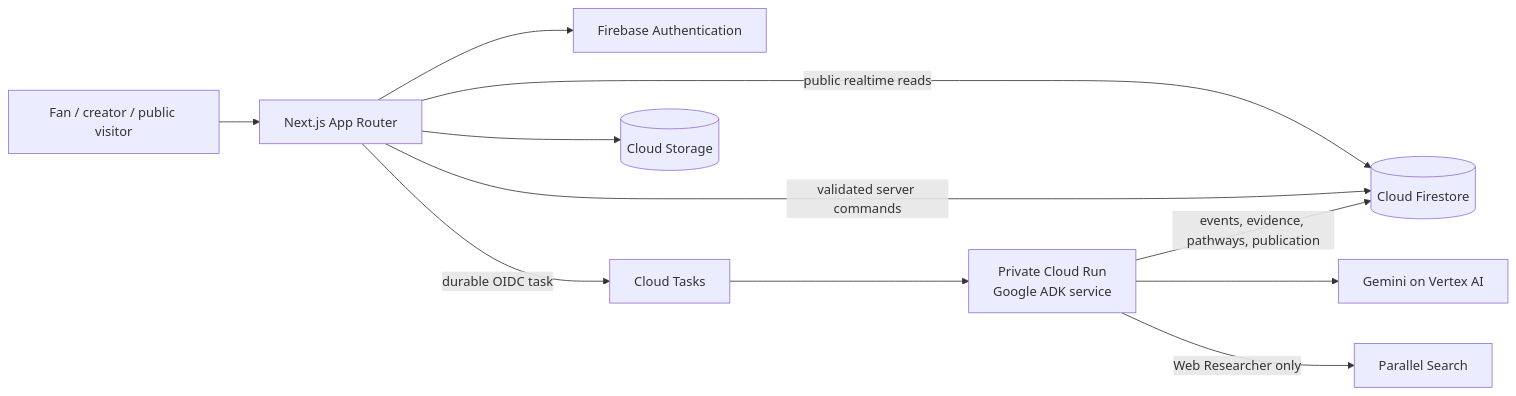
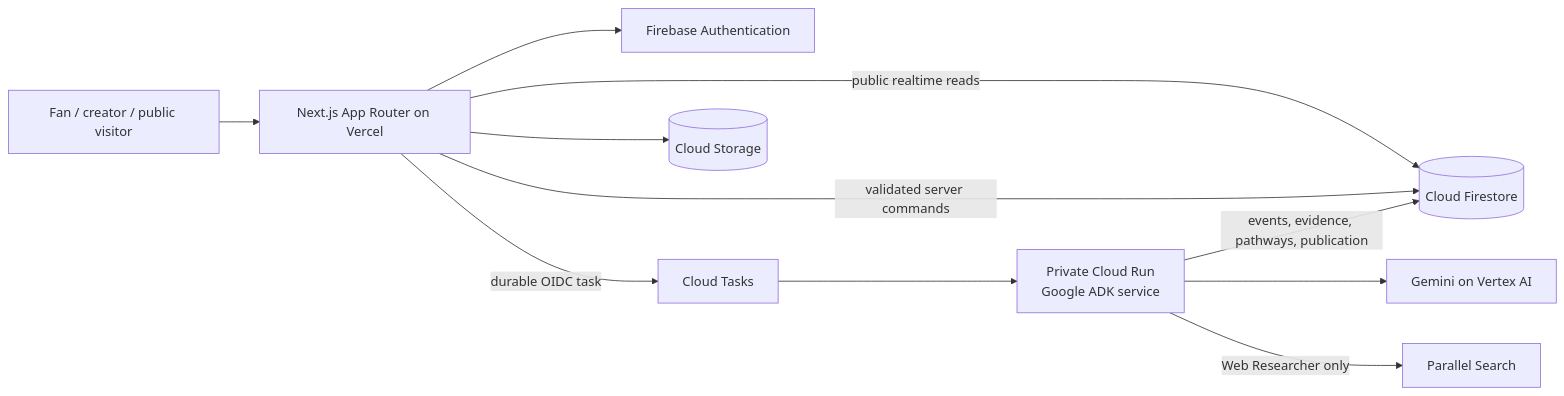
One commit to tmoody1973/audiencetake changed the diagram in README.md. Above: the diagram before and after it, drawn with Mermaid. The commit also changed other lines of this file and 11 other files, not shown here.

Commit message:
feat: prepare web runtime for vercel

````diff
--- a/README.md
+++ b/README.md
@@ -76,23 +76,23 @@
 ```mermaid
 flowchart LR
     Visitor[Fan / creator / public visitor]
-    Web[Next.js App Router]
+    Web[Next.js App Router on Vercel]
     Auth[Firebase Authentication]
     DB[(Cloud Firestore)]
     Tasks[Cloud Tasks]
     Runtime[Private Cloud Run<br/>Google ADK service]
     Gemini[Gemini on Vertex AI]
     Parallel[Parallel Search]
     Storage[(Cloud Storage)]
 
     Visitor --> Web
     Web --> Auth
     Web -->|public realtime reads| DB
     Web -->|validated server commands| DB
     Web -->|durable OIDC task| Tasks
     Tasks --> Runtime
     Runtime --> Gemini
     Runtime -->|Web Researcher only| Parallel
     Runtime -->|events, evidence, pathways, publication| DB
     Web --> Storage
 ```
````
